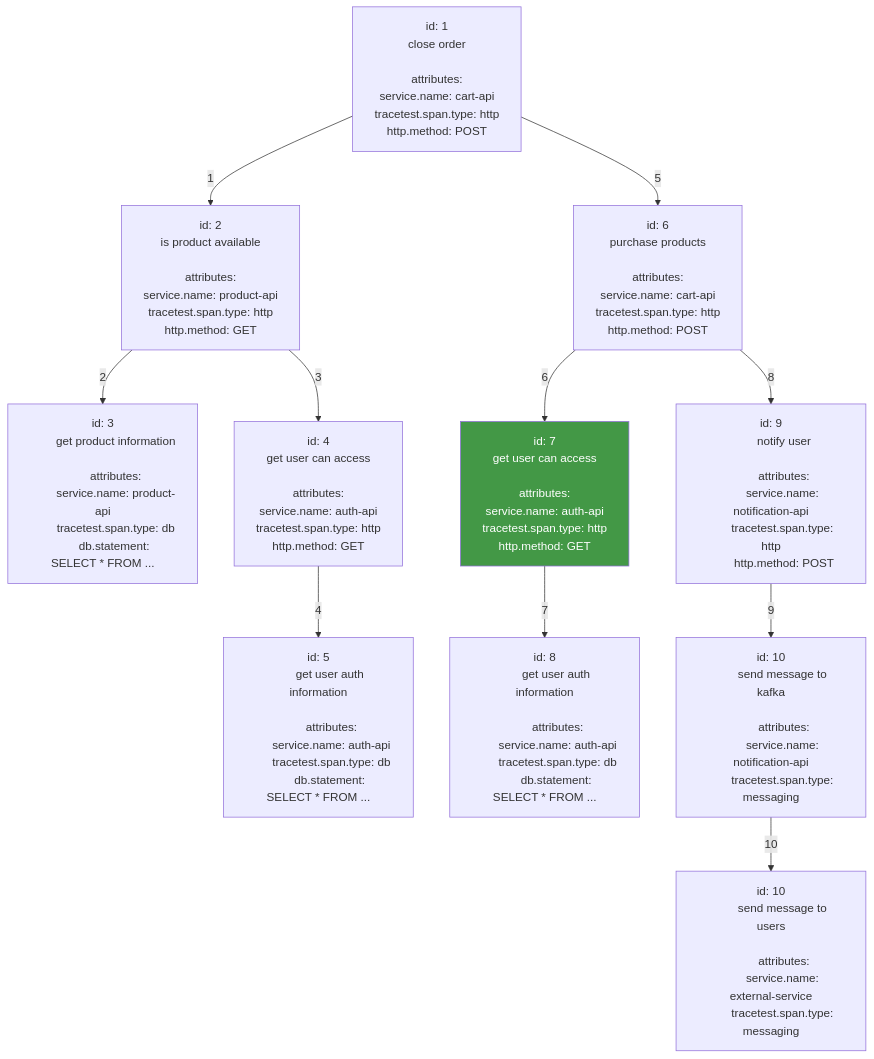
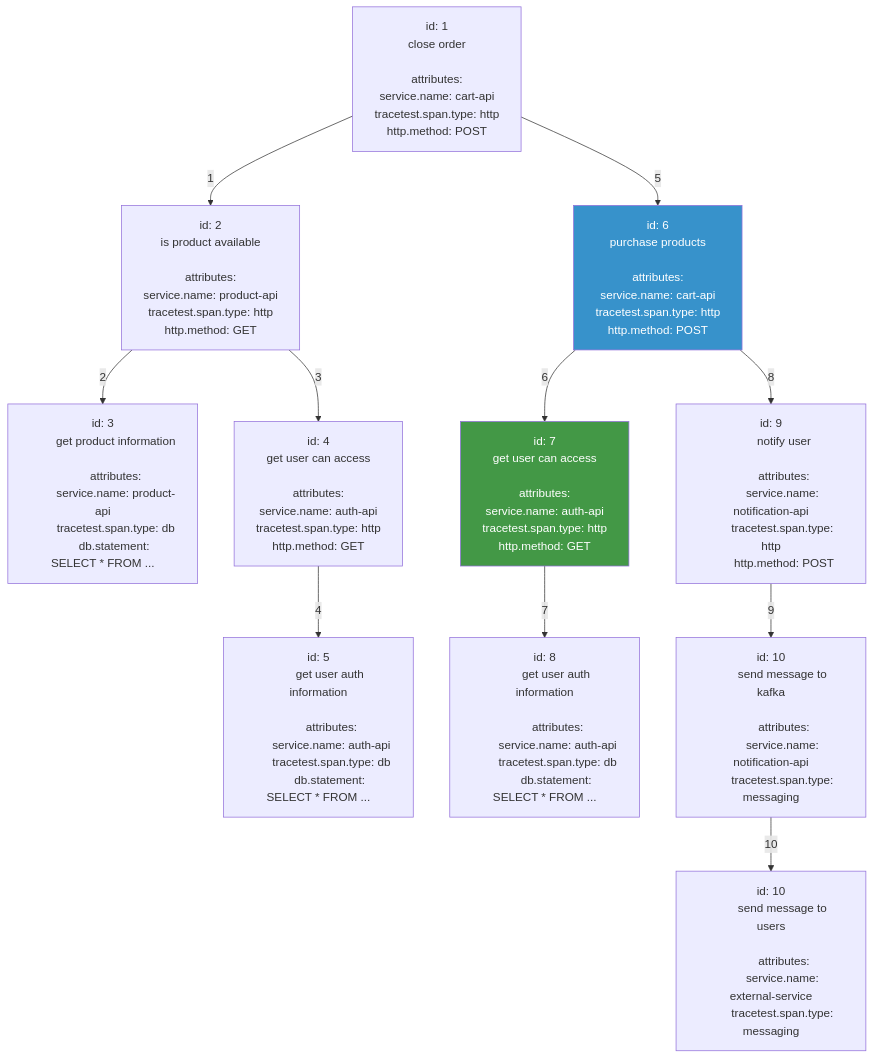
Before and after one commit to kubeshop/tracetest: diagram 12 of 12 in docs/advanced-selectors.md, drawn with Mermaid.

Commit message:
fix: parent color

````diff
--- a/docs/advanced-selectors.md
+++ b/docs/advanced-selectors.md
@@ -1361,5 +1361,5 @@
     G:::selectedSpan
 
     classDef selectedSpan fill:#439846, color:#ffffff
-    classDef candidateSpan fill:#FF6905, color:#ffffff
+    classDef parentSpan fill:#3792cb, color:#ffffff
 ```
````
